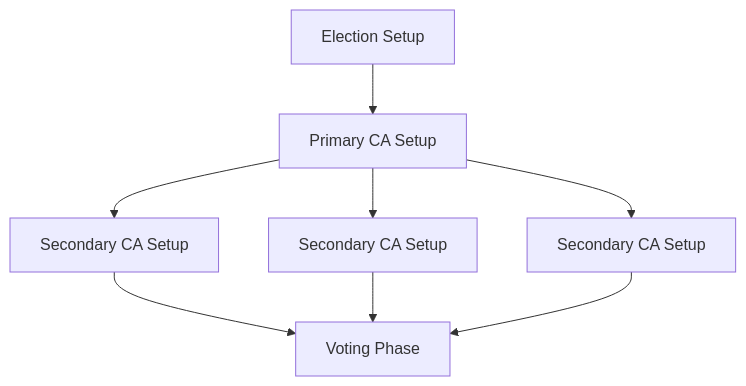
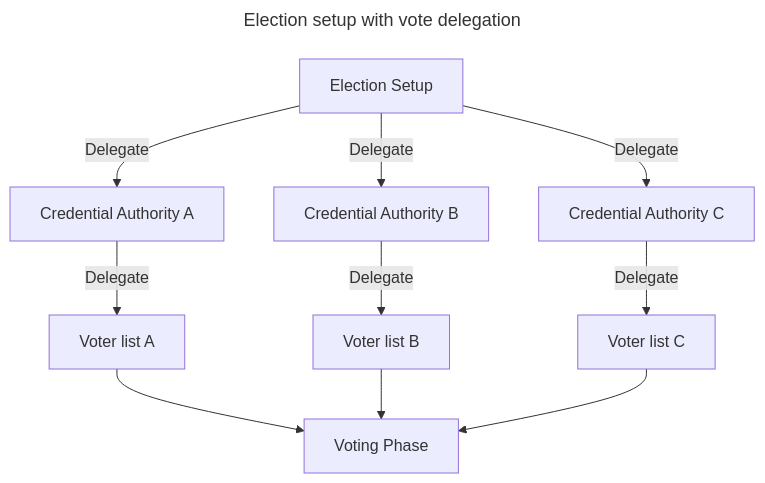
One commit to mjal/maxime.lalis.se changed the second of 2 diagrams in content/posts/eligiblity-distribution.md. Above: the diagram before and after it, drawn with Mermaid. The commit also changed other lines of this file, not shown here.

````diff
--- a/content/posts/eligiblity-distribution.md
+++ b/content/posts/eligiblity-distribution.md
@@ -26,10 +27,15 @@
 ```mermaid
+---
+title: Election setup with vote delegation
+---
 flowchart TD
-    A[Election Setup] --> B[Primary CA Setup]
-    B --> C1[Secondary CA Setup]
-    B --> C2[Secondary CA Setup]
-    B --> C3[Secondary CA Setup]
+    A[Election Setup] -- Delegate --> B1[Credential Authority A]
+    A -- Delegate --> B2[Credential Authority B]
+    A -- Delegate --> B3[Credential Authority C]
+    B1 -- Delegate --> C1[Voter list A]
+    B2 -- Delegate --> C2[Voter list B]
+    B3 -- Delegate --> C3[Voter list C]
     C1 --> D[Voting Phase]
     C2 --> D
     C3 --> D
 ```
````
